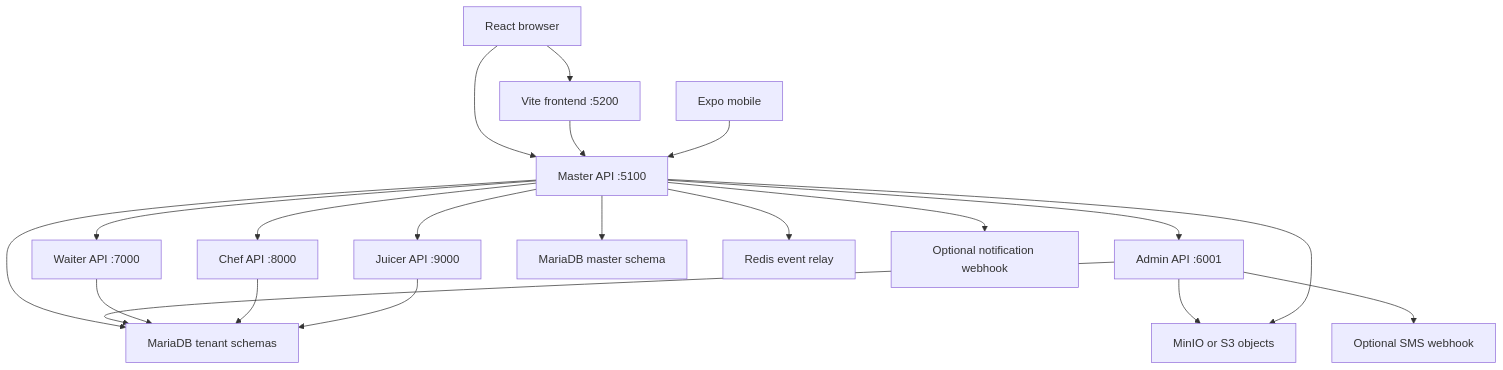
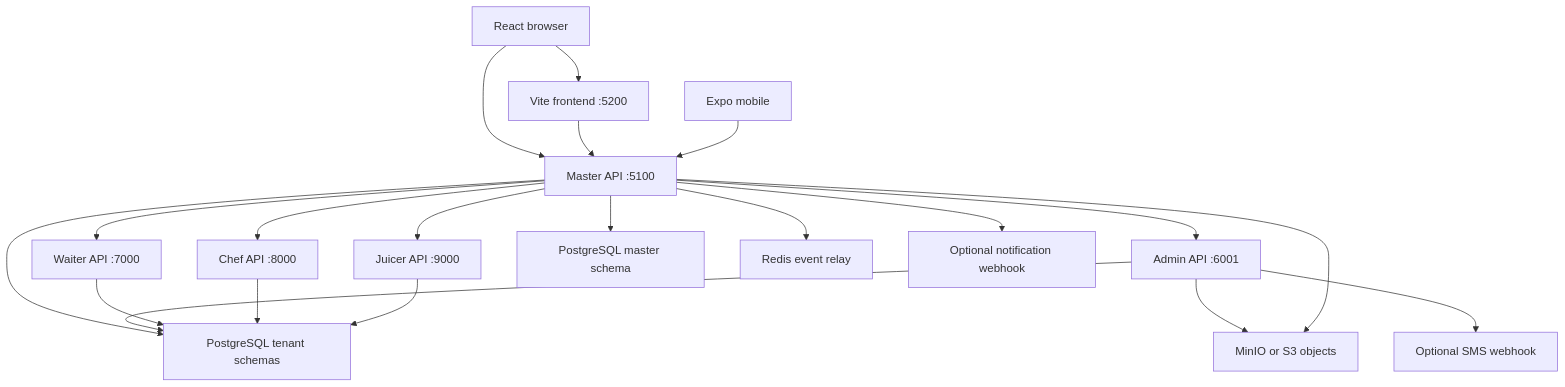
Before and after one commit to ReemusJanus/Hotelmanagement: the diagram in docs/pms/diagram-1.mmd, drawn with Mermaid. The commit also changed 25 other files, not shown here.

```diff
--- a/docs/pms/diagram-1.mmd
+++ b/docs/pms/diagram-1.mmd
@@ -1,20 +1,20 @@
 flowchart TD
   Browser[React browser] --> Web[Vite frontend :5200]
   Browser --> Master[Master API :5100]
   Web --> Master
   Mobile[Expo mobile] --> Master
   Master --> Admin[Admin API :6001]
   Master --> Waiter[Waiter API :7000]
   Master --> Chef[Chef API :8000]
   Master --> Juicer[Juicer API :9000]
-  Master --> Catalog[MariaDB master schema]
-  Master --> Tenants[MariaDB tenant schemas]
+  Master --> Catalog[PostgreSQL master schema]
+  Master --> Tenants[PostgreSQL tenant schemas]
   Admin --> Tenants
   Waiter --> Tenants
   Chef --> Tenants
   Juicer --> Tenants
   Master --> Redis[Redis event relay]
   Admin --> Objects[MinIO or S3 objects]
   Master --> Objects
   Admin --> SMS[Optional SMS webhook]
   Master --> Notices[Optional notification webhook]
```
